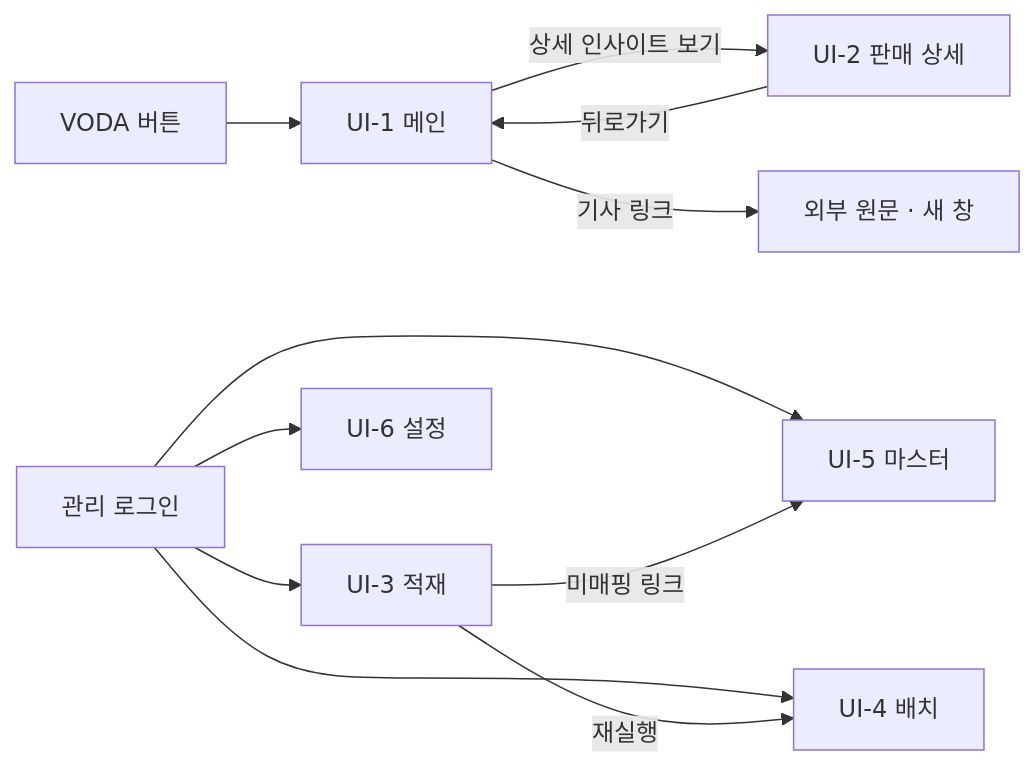
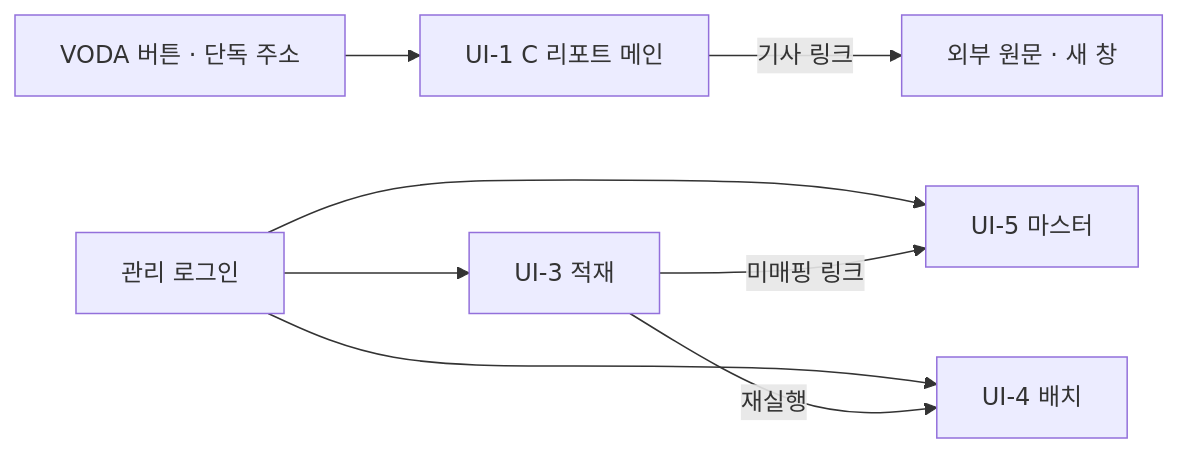
The diagram in docs/specs/07-UI/TBL-UI-001.md (HoyoungParkme/tableau_platform), drawn with Mermaid before and after one commit. The commit also changed other lines of this file, not shown here.

````diff
--- a/docs/specs/07-UI/TBL-UI-001.md
+++ b/docs/specs/07-UI/TBL-UI-001.md
@@ -236,13 +177,10 @@
 ```mermaid
 flowchart LR
-  VODA[VODA 버튼] --> UI1[UI-1 메인]
-  UI1 -- 상세 인사이트 보기 --> UI2[UI-2 판매 상세]
-  UI2 -- 뒤로가기 --> UI1
+  VODA[VODA 버튼 · 단독 주소] --> UI1[UI-1 C 리포트 메인]
   UI1 -- 기사 링크 --> EXT[외부 원문 · 새 창]
   ADMIN[관리 로그인] --> UI3[UI-3 적재]
   ADMIN --> UI4[UI-4 배치]
   ADMIN --> UI5[UI-5 마스터]
-  ADMIN --> UI6[UI-6 설정]
   UI3 -- 미매핑 링크 --> UI5
   UI3 -- 재실행 --> UI4
 ```
````
